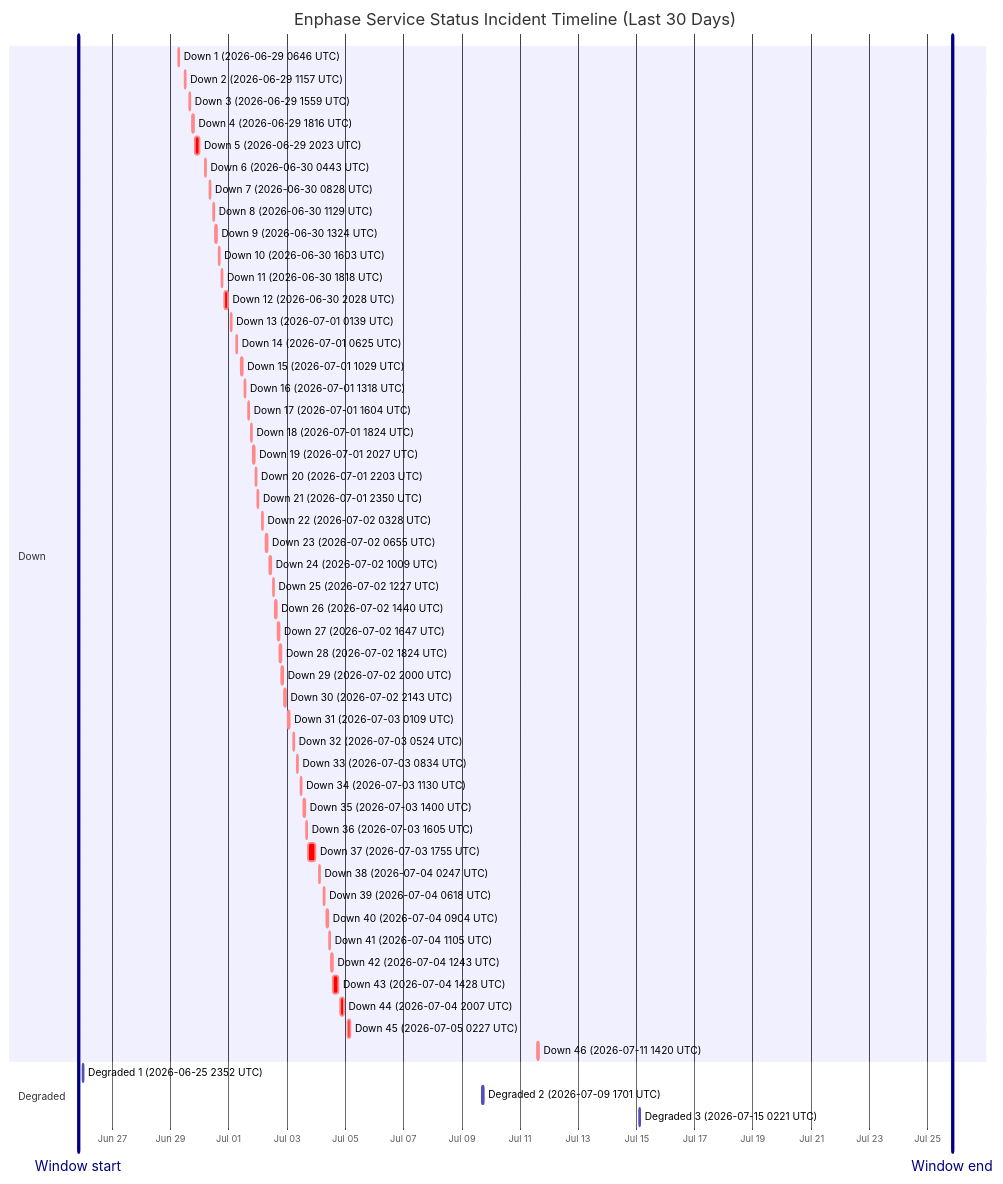
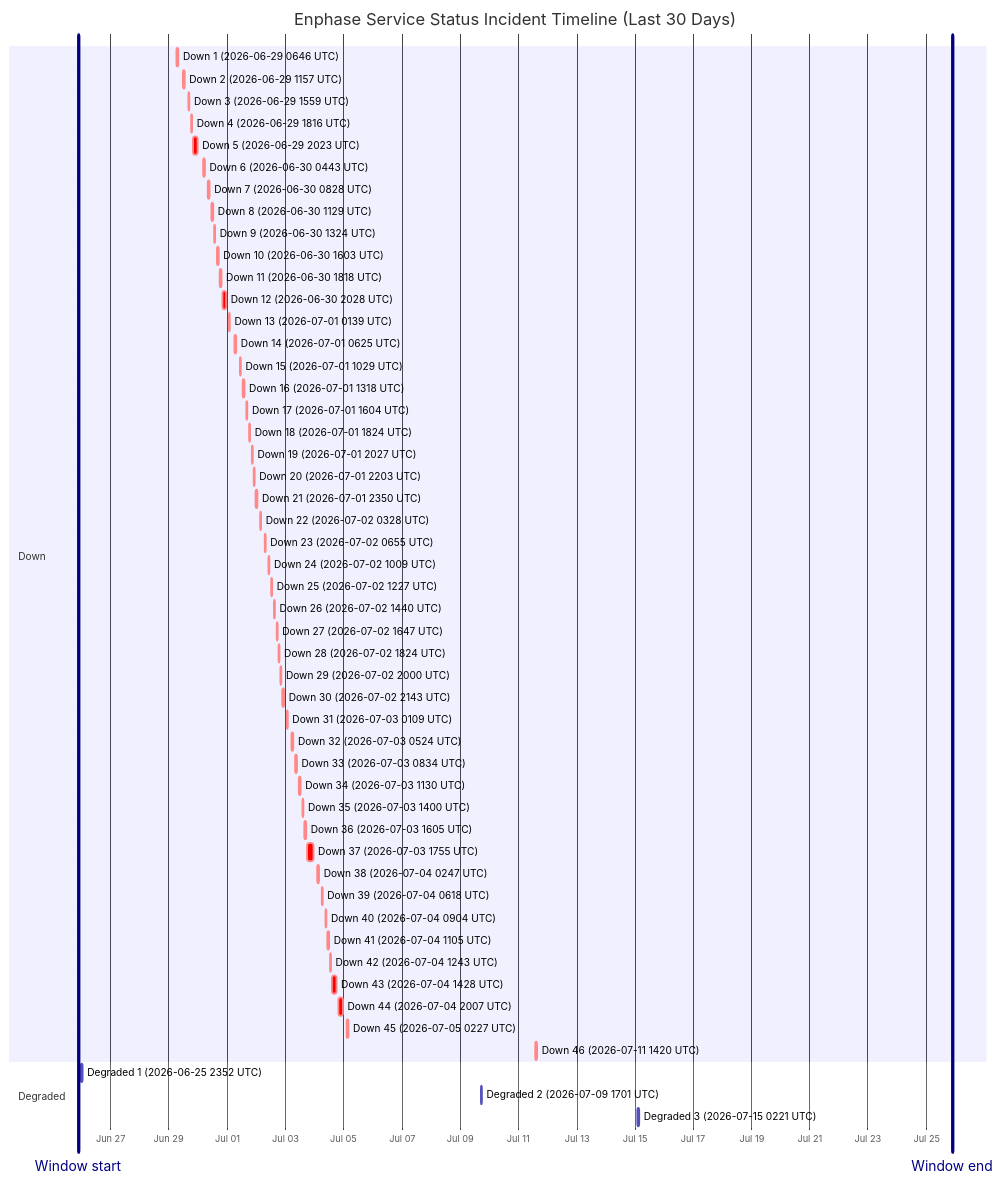
Before and after one commit to barneyonline/ha-enphase-energy: the diagram in wiki/Service-Status-History.md, drawn with Mermaid. The commit also changed other lines of this file and 3 other files, not shown here.

````diff
--- a/wiki/Service-Status-History.md
+++ b/wiki/Service-Status-History.md
@@ -14,59 +14,59 @@
 ```mermaid
 gantt
     title Enphase Service Status Incident Timeline (Last 30 Days)
     dateFormat  YYYY-MM-DDTHH:mm:ss
     axisFormat  %b %d
-    Window start :vert, window-start, 2026-06-25T20:09:21, 0ms
-    Window end :vert, window-end, 2026-07-25T20:09:21, 0ms
+    Window start :vert, window-start, 2026-06-25T21:24:10, 0ms
+    Window end :vert, window-end, 2026-07-25T21:24:10, 0ms
     section Down
     Down 1 (2026-06-29 0646 UTC) :crit, down-1, 2026-06-29T06:46:18, 60m
     Down 2 (2026-06-29 1157 UTC) :crit, down-2, 2026-06-29T11:57:36, 60m
     Down 3 (2026-06-29 1559 UTC) :crit, down-3, 2026-06-29T15:59:02, 60m
     Down 4 (2026-06-29 1816 UTC) :crit, down-4, 2026-06-29T18:16:38, 60m
     Down 5 (2026-06-29 2023 UTC) :crit, down-5, 2026-06-29T20:23:16, 220m
     Down 6 (2026-06-30 0443 UTC) :crit, down-6, 2026-06-30T04:43:54, 60m
     Down 7 (2026-06-30 0828 UTC) :crit, down-7, 2026-06-30T08:28:43, 60m
     Down 8 (2026-06-30 1129 UTC) :crit, down-8, 2026-06-30T11:29:15, 60m
     Down 9 (2026-06-30 1324 UTC) :crit, down-9, 2026-06-30T13:24:25, 60m
     Down 10 (2026-06-30 1603 UTC) :crit, down-10, 2026-06-30T16:03:26, 60m
     Down 11 (2026-06-30 1818 UTC) :crit, down-11, 2026-06-30T18:18:39, 60m
     Down 12 (2026-06-30 2028 UTC) :crit, down-12, 2026-06-30T20:28:54, 171m
     Down 13 (2026-07-01 0139 UTC) :crit, down-13, 2026-07-01T01:39:18, 60m
     Down 14 (2026-07-01 0625 UTC) :crit, down-14, 2026-07-01T06:25:35, 60m
     Down 15 (2026-07-01 1029 UTC) :crit, down-15, 2026-07-01T10:29:24, 60m
     Down 16 (2026-07-01 1318 UTC) :crit, down-16, 2026-07-01T13:18:31, 60m
     Down 17 (2026-07-01 1604 UTC) :crit, down-17, 2026-07-01T16:04:29, 60m
     Down 18 (2026-07-01 1824 UTC) :crit, down-18, 2026-07-01T18:24:21, 60m
     Down 19 (2026-07-01 2027 UTC) :crit, down-19, 2026-07-01T20:27:17, 60m
     Down 20 (2026-07-01 2203 UTC) :crit, down-20, 2026-07-01T22:03:46, 60m
     Down 21 (2026-07-01 2350 UTC) :crit, down-21, 2026-07-01T23:50:52, 60m
     Down 22 (2026-07-02 0328 UTC) :crit, down-22, 2026-07-02T03:28:33, 60m
     Down 23 (2026-07-02 0655 UTC) :crit, down-23, 2026-07-02T06:55:07, 60m
     Down 24 (2026-07-02 1009 UTC) :crit, down-24, 2026-07-02T10:09:15, 60m
     Down 25 (2026-07-02 1227 UTC) :crit, down-25, 2026-07-02T12:27:49, 60m
     Down 26 (2026-07-02 1440 UTC) :crit, down-26, 2026-07-02T14:40:53, 60m
     Down 27 (2026-07-02 1647 UTC) :crit, down-27, 2026-07-02T16:47:47, 60m
     Down 28 (2026-07-02 1824 UTC) :crit, down-28, 2026-07-02T18:24:26, 60m
     Down 29 (2026-07-02 2000 UTC) :crit, down-29, 2026-07-02T20:00:57, 60m
     Down 30 (2026-07-02 2143 UTC) :crit, down-30, 2026-07-02T21:43:52, 80m
     Down 31 (2026-07-03 0109 UTC) :crit, down-31, 2026-07-03T01:09:19, 60m
     Down 32 (2026-07-03 0524 UTC) :crit, down-32, 2026-07-03T05:24:23, 60m
     Down 33 (2026-07-03 0834 UTC) :crit, down-33, 2026-07-03T08:34:05, 60m
     Down 34 (2026-07-03 1130 UTC) :crit, down-34, 2026-07-03T11:30:41, 60m
     Down 35 (2026-07-03 1400 UTC) :crit, down-35, 2026-07-03T14:00:48, 60m
     Down 36 (2026-07-03 1605 UTC) :crit, down-36, 2026-07-03T16:05:49, 60m
     Down 37 (2026-07-03 1755 UTC) :crit, down-37, 2026-07-03T17:55:54, 338m
     Down 38 (2026-07-04 0247 UTC) :crit, down-38, 2026-07-04T02:47:22, 60m
     Down 39 (2026-07-04 0618 UTC) :crit, down-39, 2026-07-04T06:18:09, 60m
     Down 40 (2026-07-04 0904 UTC) :crit, down-40, 2026-07-04T09:04:41, 60m
     Down 41 (2026-07-04 1105 UTC) :crit, down-41, 2026-07-04T11:05:21, 60m
     Down 42 (2026-07-04 1243 UTC) :crit, down-42, 2026-07-04T12:43:25, 60m
     Down 43 (2026-07-04 1428 UTC) :crit, down-43, 2026-07-04T14:28:07, 243m
     Down 44 (2026-07-04 2007 UTC) :crit, down-44, 2026-07-04T20:07:50, 206m
     Down 45 (2026-07-05 0227 UTC) :crit, down-45, 2026-07-05T02:27:32, 109m
     Down 46 (2026-07-11 1420 UTC) :crit, down-46, 2026-07-11T14:20:54, 69m
     section Degraded
     Degraded 1 (2026-06-25 2352 UTC) :active, degraded-1, 2026-06-25T23:52:01, 60m
     Degraded 2 (2026-07-09 1701 UTC) :active, degraded-2, 2026-07-09T17:01:02, 60m
     Degraded 3 (2026-07-15 0221 UTC) :active, degraded-3, 2026-07-15T02:21:35, 60m
 ```
````
